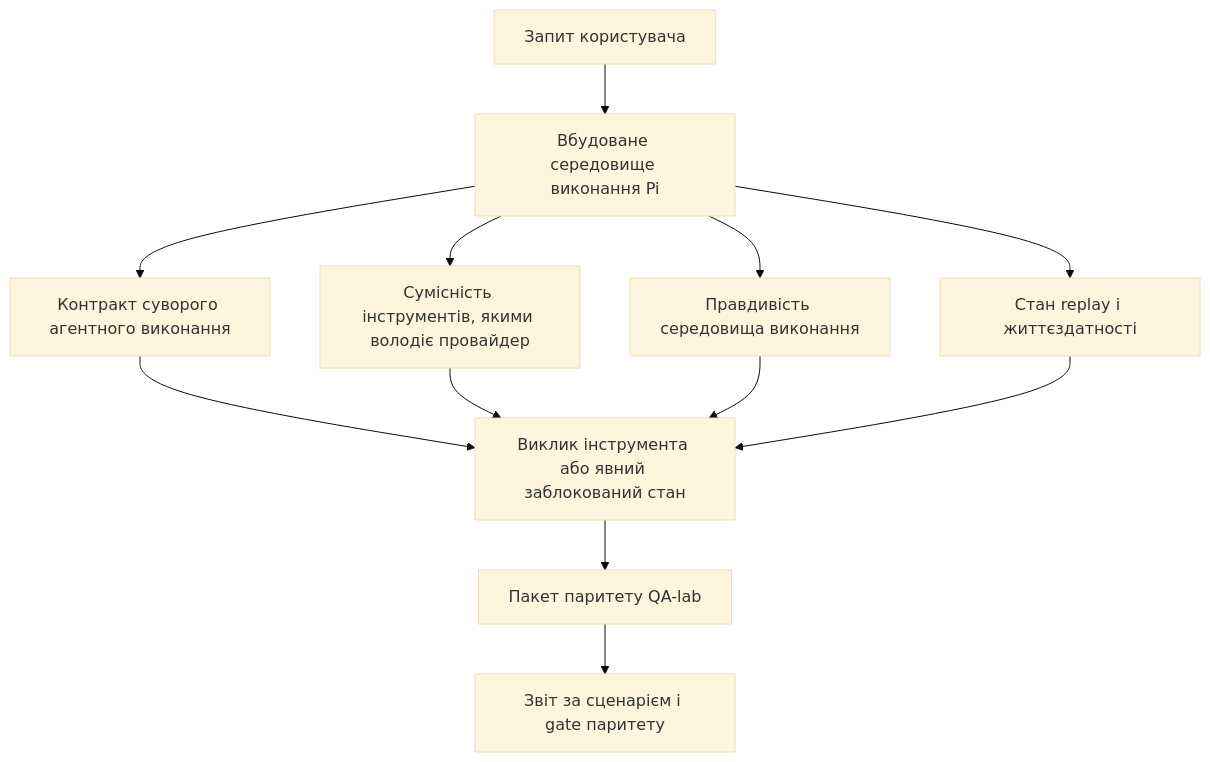
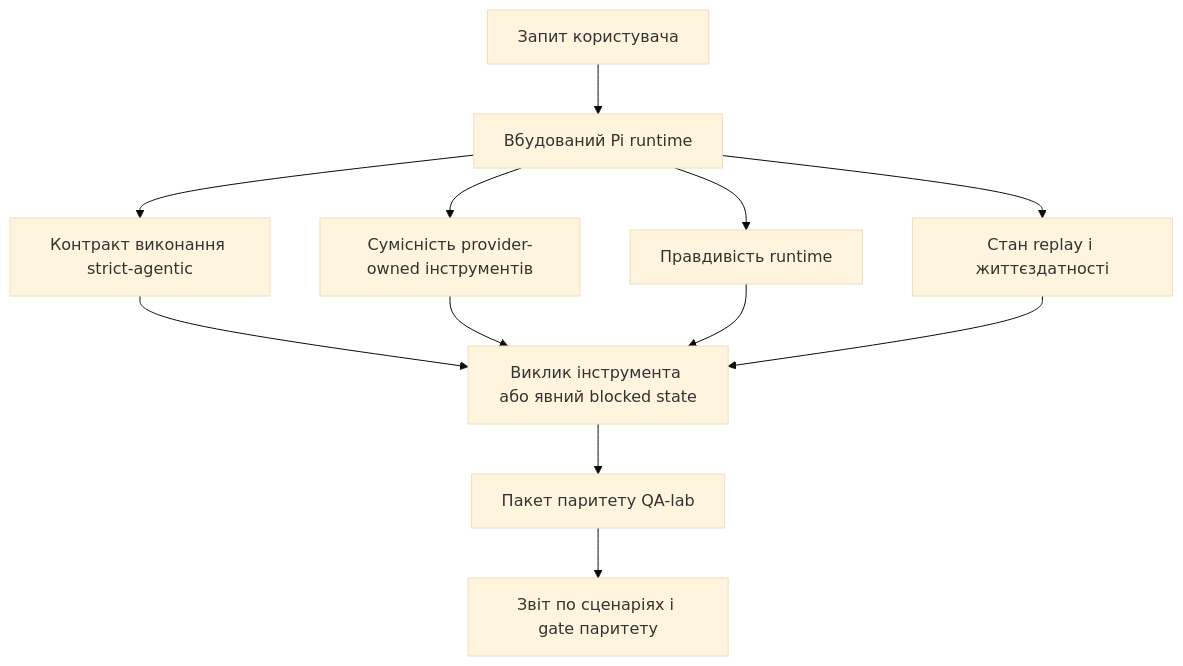
The first of 2 diagrams in docs/uk/help/gpt54-codex-agentic-parity.md (openclaw/docs), drawn with Mermaid (base theme) before and after one commit. The commit also changed other lines of this file and 395 other files, not shown here.

````diff
--- a/docs/uk/help/gpt54-codex-agentic-parity.md
+++ b/docs/uk/help/gpt54-codex-agentic-parity.md
@@ -114,14 +114,14 @@
 ```mermaid
 flowchart TD
-    A["Запит користувача"] --> B["Вбудоване середовище виконання Pi"]
-    B --> C["Контракт суворого агентного виконання"]
-    B --> D["Сумісність інструментів, якими володіє провайдер"]
-    B --> E["Правдивість середовища виконання"]
+    A["Запит користувача"] --> B["Вбудований Pi runtime"]
+    B --> C["Контракт виконання strict-agentic"]
+    B --> D["Сумісність provider-owned інструментів"]
+    B --> E["Правдивість runtime"]
     B --> F["Стан replay і життєздатності"]
-    C --> G["Виклик інструмента або явний заблокований стан"]
+    C --> G["Виклик інструмента або явний blocked state"]
     D --> G
     E --> G
     F --> G
     G --> H["Пакет паритету QA-lab"]
-    H --> I["Звіт за сценарієм і gate паритету"]
+    H --> I["Звіт по сценаріях і gate паритету"]
 ```
````
